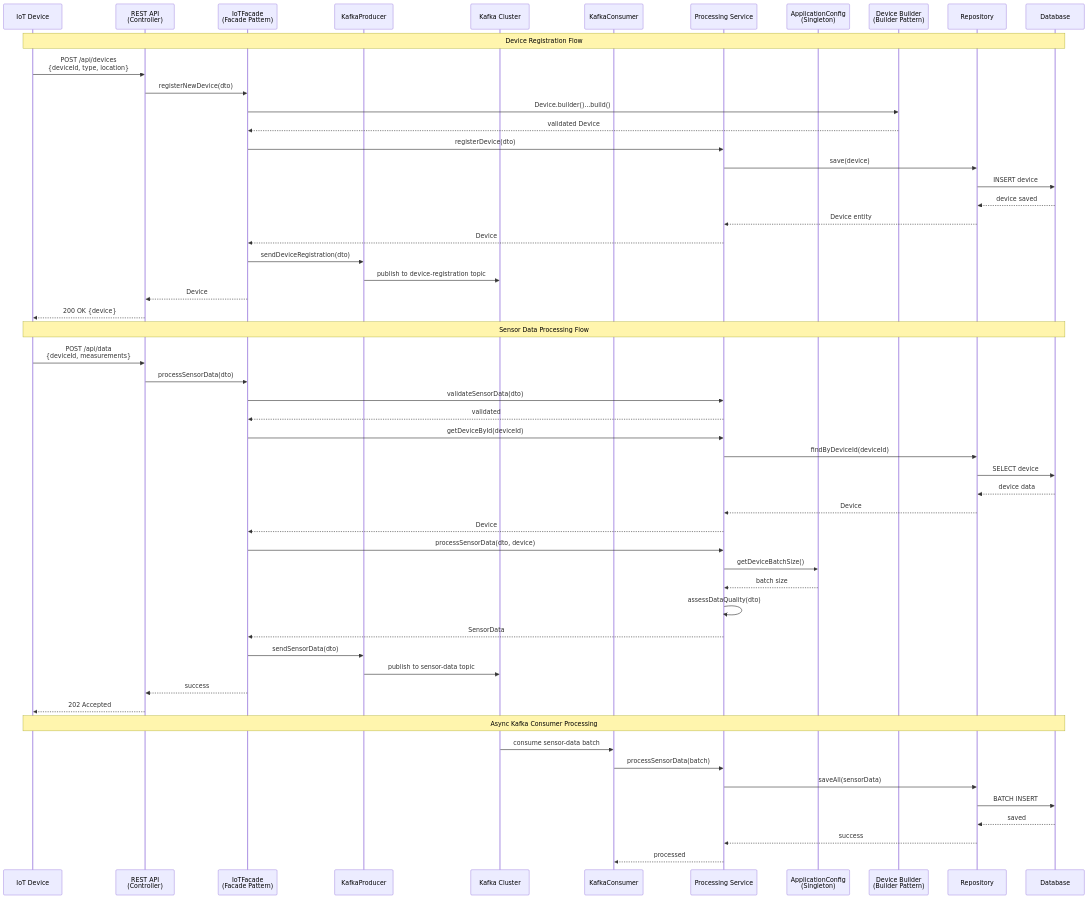
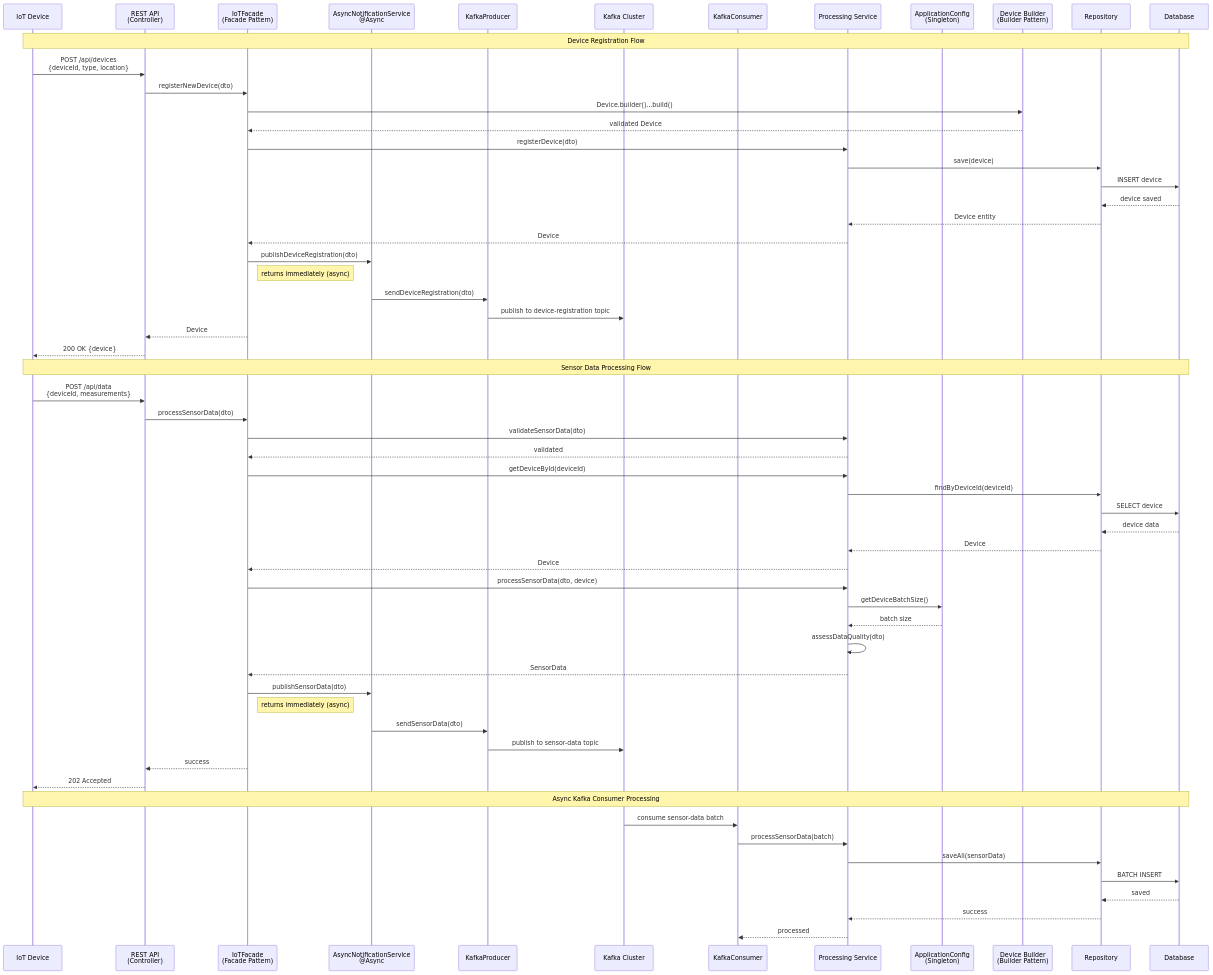
Before and after one commit to lakkantha/IOT: the diagram in docs/dataflow.mmd, drawn with Mermaid. The commit also changed 3 other files, not shown here.

Commit message:
docs: document @Async executor and optimistic locking; update diagrams to include AsyncNotificationService and AsyncConfig; README Concurrency & Consistency section

```diff
--- a/docs/dataflow.mmd
+++ b/docs/dataflow.mmd
@@ -1,58 +1,63 @@
 sequenceDiagram
     participant Device as IoT Device
     participant API as REST API<br/>(Controller)
     participant Facade as IoTFacade<br/>(Facade Pattern)
+    participant AsyncSvc as AsyncNotificationService<br/>@Async
     participant Producer as KafkaProducer
     participant Kafka as Kafka Cluster
     participant Consumer as KafkaConsumer
     participant Service as Processing Service
     participant Config as ApplicationConfig<br/>(Singleton)
     participant Builder as Device Builder<br/>(Builder Pattern)
     participant Repo as Repository
     participant DB as Database
 
     Note over Device,DB: Device Registration Flow
     Device->>API: POST /api/devices<br/>{deviceId, type, location}
     API->>Facade: registerNewDevice(dto)
     Facade->>Builder: Device.builder()...build()
     Builder-->>Facade: validated Device
     Facade->>Service: registerDevice(dto)
     Service->>Repo: save(device)
     Repo->>DB: INSERT device
     DB-->>Repo: device saved
     Repo-->>Service: Device entity
     Service-->>Facade: Device
-    Facade->>Producer: sendDeviceRegistration(dto)
+    Facade->>AsyncSvc: publishDeviceRegistration(dto)
+    Note right of Facade: returns immediately (async)
+    AsyncSvc->>Producer: sendDeviceRegistration(dto)
     Producer->>Kafka: publish to device-registration topic
     Facade-->>API: Device
     API-->>Device: 200 OK {device}
 
     Note over Device,DB: Sensor Data Processing Flow
     Device->>API: POST /api/data<br/>{deviceId, measurements}
     API->>Facade: processSensorData(dto)
     Facade->>Service: validateSensorData(dto)
     Service-->>Facade: validated
     Facade->>Service: getDeviceById(deviceId)
     Service->>Repo: findByDeviceId(deviceId)
     Repo->>DB: SELECT device
     DB-->>Repo: device data
     Repo-->>Service: Device
     Service-->>Facade: Device
     Facade->>Service: processSensorData(dto, device)
     Service->>Config: getDeviceBatchSize()
     Config-->>Service: batch size
     Service->>Service: assessDataQuality(dto)
     Service-->>Facade: SensorData
-    Facade->>Producer: sendSensorData(dto)
+    Facade->>AsyncSvc: publishSensorData(dto)
+    Note right of Facade: returns immediately (async)
+    AsyncSvc->>Producer: sendSensorData(dto)
     Producer->>Kafka: publish to sensor-data topic
     Facade-->>API: success
     API-->>Device: 202 Accepted
 
     Note over Device,DB: Async Kafka Consumer Processing
     Kafka->>Consumer: consume sensor-data batch
     Consumer->>Service: processSensorData(batch)
     Service->>Repo: saveAll(sensorData)
     Repo->>DB: BATCH INSERT
     DB-->>Repo: saved
     Repo-->>Service: success
     Service-->>Consumer: processed
```
